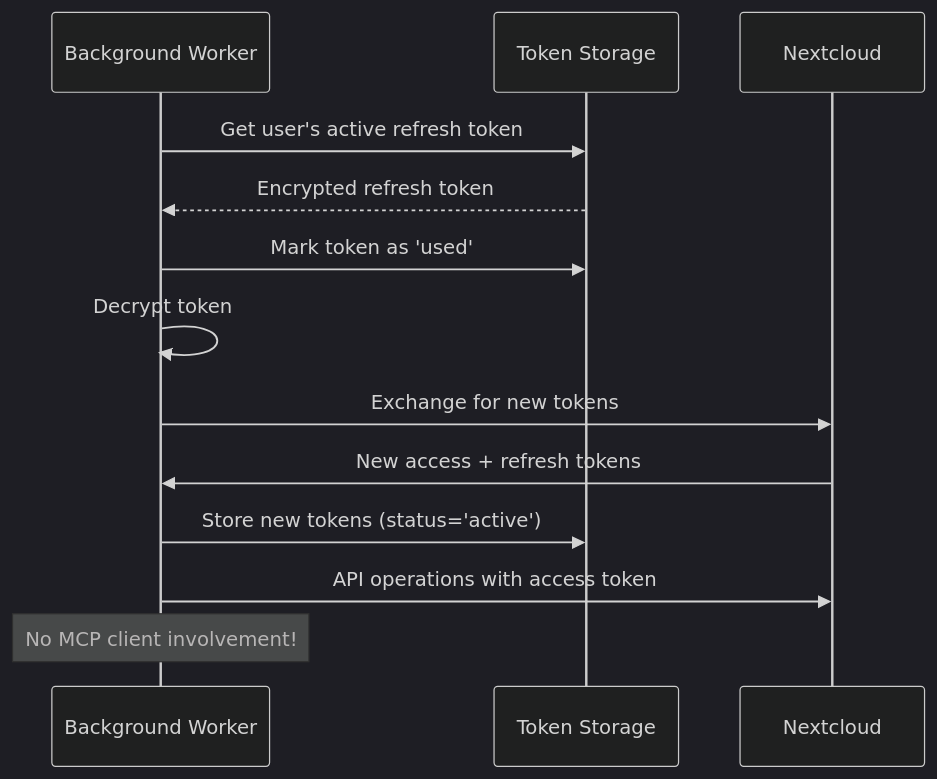
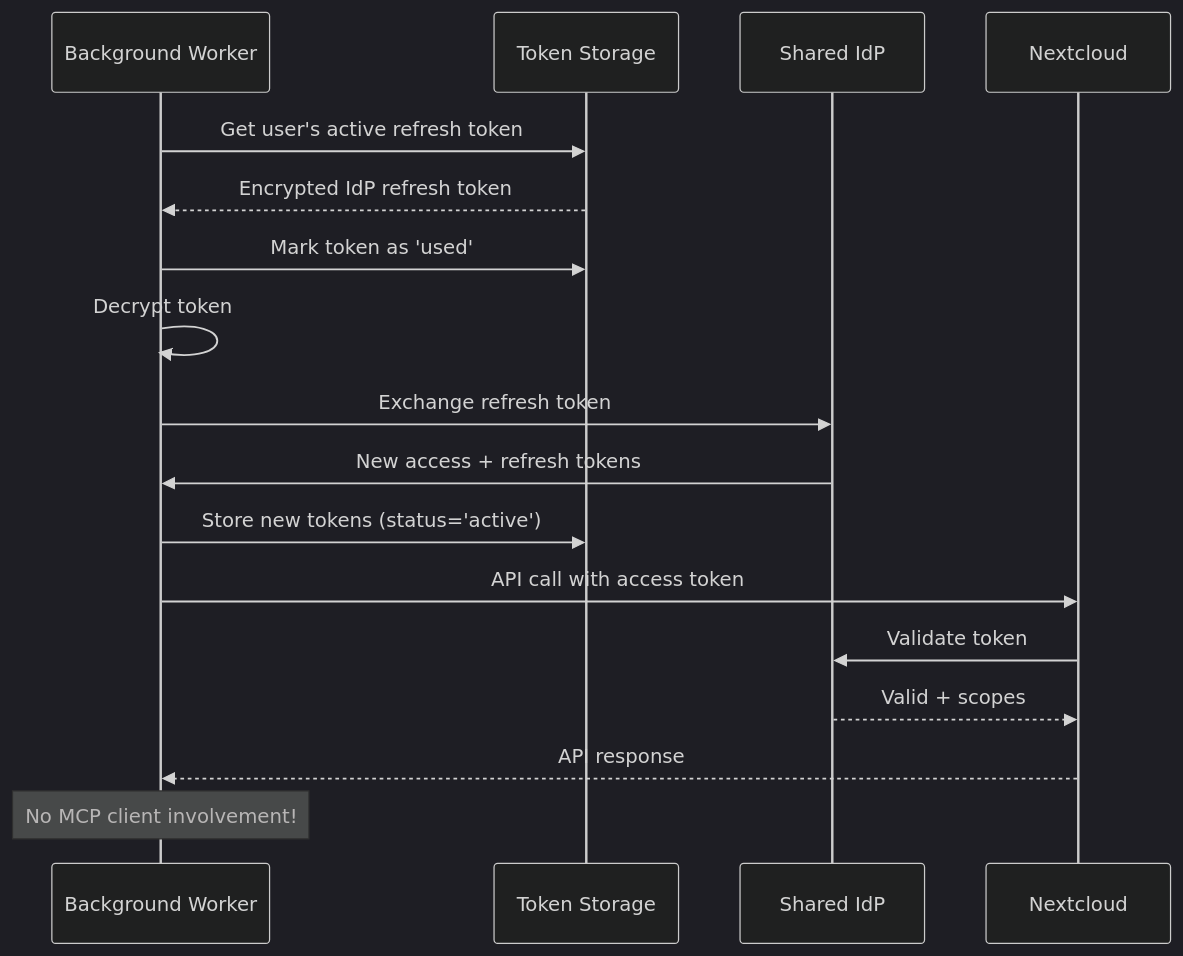
The third of 3 diagrams in docs/ADR-004-mcp-application-oauth.md (cbcoutinho/nextcloud-mcp-server), drawn with Mermaid (dark theme) before and after one commit. The commit also changed other lines of this file and 1 other file, not shown here.

First line of the commit message:
docs: Rewrite ADR-004 for Federated Authentication Architecture

````diff
--- a/docs/ADR-004-mcp-application-oauth.md
+++ b/docs/ADR-004-mcp-application-oauth.md
@@ -124,16 +154,23 @@
 ```mermaid
 sequenceDiagram
     participant Worker as Background Worker
     participant TokenStore as Token Storage
+    participant IdP as Shared IdP
     participant Nextcloud
 
     Worker->>TokenStore: Get user's active refresh token
-    TokenStore-->>Worker: Encrypted refresh token
+    TokenStore-->>Worker: Encrypted IdP refresh token
     Worker->>TokenStore: Mark token as 'used'
     Worker->>Worker: Decrypt token
-    Worker->>Nextcloud: Exchange for new tokens
-    Nextcloud->>Worker: New access + refresh tokens
+
+    Worker->>IdP: Exchange refresh token
+    IdP->>Worker: New access + refresh tokens
     Worker->>TokenStore: Store new tokens (status='active')
-    Worker->>Nextcloud: API operations with access token
+
+    Worker->>Nextcloud: API call with access token
+    Nextcloud->>IdP: Validate token
+    IdP-->>Nextcloud: Valid + scopes
+    Nextcloud-->>Worker: API response
+
     Note over Worker: No MCP client involvement!
 ```
````
